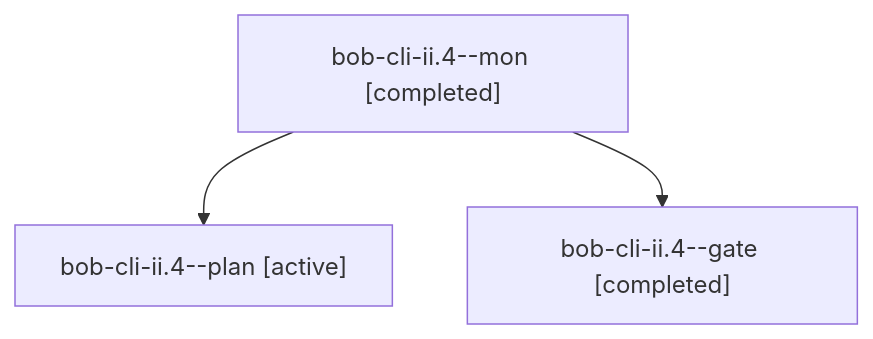
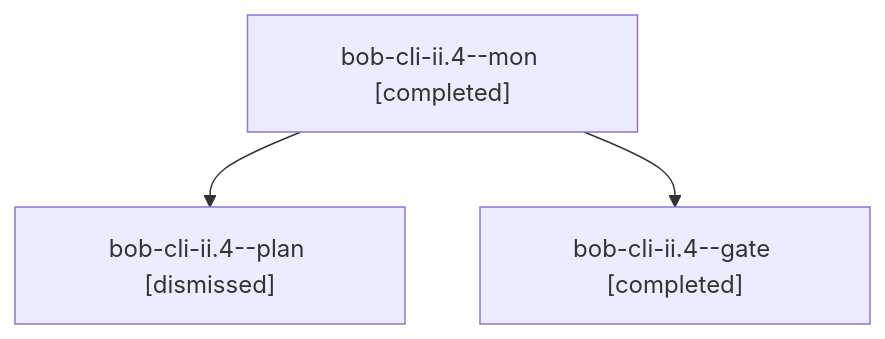
The diagram in sessions/bbugyi200.athena.bob-cli-ii.4.md (bobs-org/bob-cli--agents), drawn with Mermaid before and after one commit. The commit also changed other lines of this file and 51 other files, not shown here.

````diff
--- a/sessions/bbugyi200.athena.bob-cli-ii.4.md
+++ b/sessions/bbugyi200.athena.bob-cli-ii.4.md
@@ -9,8 +9,8 @@
 ```mermaid
 flowchart TD
   n0["bob-cli-ii.4--mon [completed]"]
-  n1["bob-cli-ii.4--plan [active]"]
+  n1["bob-cli-ii.4--plan [dismissed]"]
   n0 --> n1
   n2["bob-cli-ii.4--gate [completed]"]
   n0 --> n2
 ```
````
